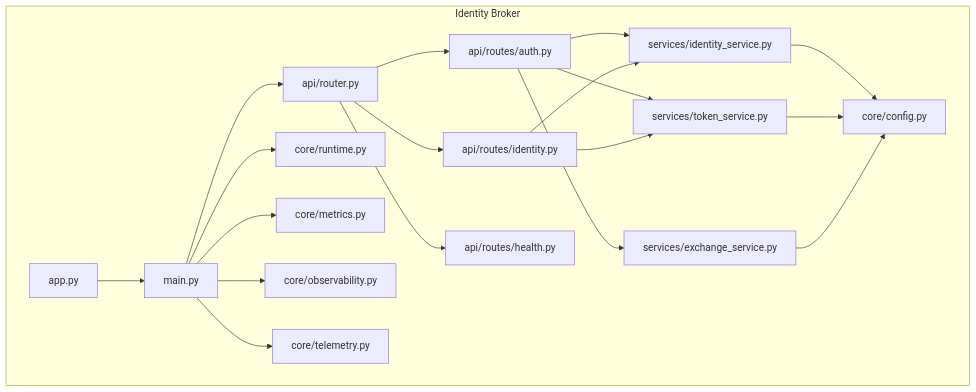
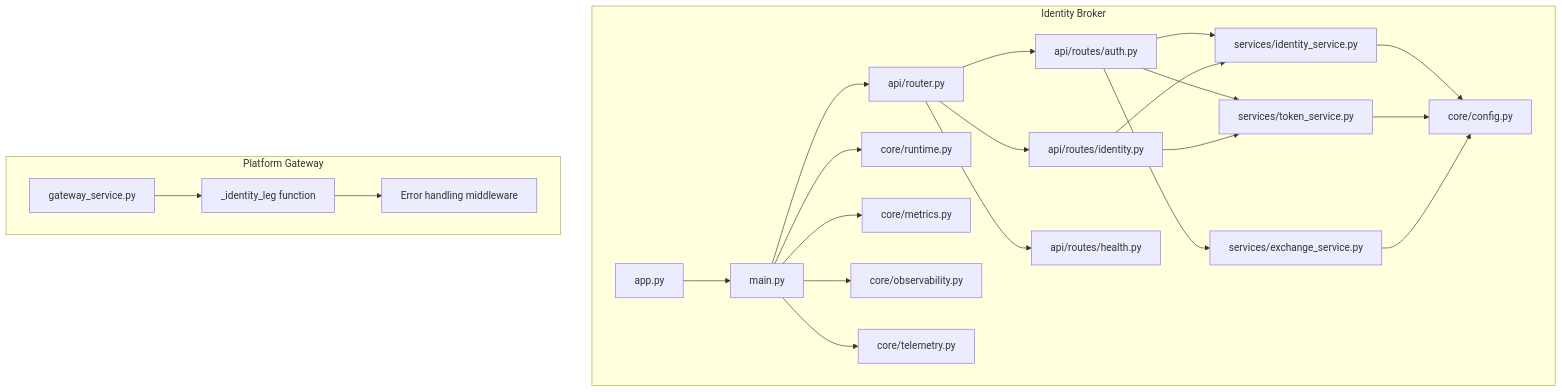
Before and after one commit to metasync/luban-aiops: the first of 10 diagrams in .qoder/repowiki/en/content/Identity Broker Service/Identity Broker Service.md, drawn with Mermaid. The commit also changed other lines of this file and 5 other files, not shown here.

````diff
--- a/.qoder/repowiki/en/content/Identity Broker Service/Identity Broker Service.md
+++ b/.qoder/repowiki/en/content/Identity Broker Service/Identity Broker Service.md
@@ -88,22 +90,26 @@
 ```mermaid
 graph TB
 subgraph "Identity Broker"
 A["app.py"] --> B["main.py"]
 B --> C["api/router.py"]
 C --> D["api/routes/auth.py"]
 C --> E["api/routes/identity.py"]
 C --> F["api/routes/health.py"]
 D --> G["services/identity_service.py"]
 D --> H["services/token_service.py"]
 D --> I["services/exchange_service.py"]
 E --> G
 E --> H
 G --> J["core/config.py"]
 H --> J
 I --> J
 B --> K["core/runtime.py"]
 B --> L["core/metrics.py"]
 B --> M["core/observability.py"]
 B --> N["core/telemetry.py"]
 end
+subgraph "Platform Gateway"
+O["gateway_service.py"] --> P["_identity_leg function"]
+P --> Q["Error handling middleware"]
+end
 ```
````
